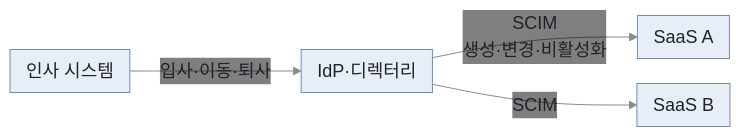
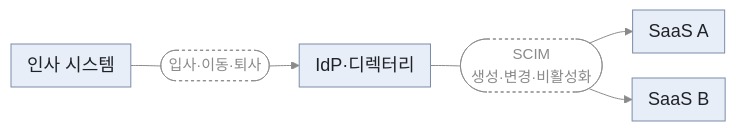
The third of 3 diagrams in security-fundamentals/pki-identity/enterprise-identity.md (secututor/security-knowledge-base), drawn with Mermaid before and after one commit. The commit also changed other lines of this file and 27 other files, not shown here.

Commit message:
docs: Mermaid 설명형 화살표 라벨을 보조 노드로 분리, 짧은 라벨 상자 복원

````diff
--- a/security-fundamentals/pki-identity/enterprise-identity.md
+++ b/security-fundamentals/pki-identity/enterprise-identity.md
@@ -125,7 +125,10 @@
 ```mermaid
-%%{init: {"theme": "base", "themeVariables": {"fontSize": "18px", "primaryColor": "#e8eef7", "primaryTextColor": "#1f2328", "primaryBorderColor": "#7a8ca8", "secondaryColor": "#eef1f5", "tertiaryColor": "#f5f7fa", "lineColor": "#8a8a8a", "edgeLabelBackground": "transparent", "textColor": "#8a8a8a", "transitionLabelColor": "#8a8a8a", "clusterBkg": "#f5f7fa", "clusterBorder": "#7a8ca8", "actorBkg": "#e8eef7", "actorBorder": "#7a8ca8", "actorTextColor": "#1f2328", "actorLineColor": "#8a8a8a", "signalColor": "#8a8a8a", "signalTextColor": "#8a8a8a", "noteBkgColor": "#fff8dc", "noteTextColor": "#1f2328", "noteBorderColor": "#c9b458"}, "flowchart": {"nodeSpacing": 25, "rankSpacing": 60, "padding": 8}, "sequence": {"width": 110, "height": 40, "boxMargin": 6, "noteMargin": 6, "actorMargin": 40}}}%%
+%%{init: {"theme": "base", "themeVariables": {"fontSize": "18px", "primaryColor": "#e8eef7", "primaryTextColor": "#1f2328", "primaryBorderColor": "#7a8ca8", "secondaryColor": "#eef1f5", "tertiaryColor": "#f5f7fa", "lineColor": "#8a8a8a", "edgeLabelBackground": "#eef1f5", "clusterBkg": "#f5f7fa", "clusterBorder": "#7a8ca8", "actorBkg": "#e8eef7", "actorBorder": "#7a8ca8", "actorTextColor": "#1f2328", "actorLineColor": "#8a8a8a", "signalColor": "#8a8a8a", "signalTextColor": "#8a8a8a", "noteBkgColor": "#fff8dc", "noteTextColor": "#1f2328", "noteBorderColor": "#c9b458"}, "flowchart": {"nodeSpacing": 25, "rankSpacing": 30, "padding": 8}, "sequence": {"width": 110, "height": 40, "boxMargin": 6, "noteMargin": 6, "actorMargin": 40}}}%%
 flowchart LR
-    HR["인사 시스템"] -->|"입사·이동·퇴사"| IDP["IdP·디렉터리"]
-    IDP -->|"SCIM<br>생성·변경·비활성화"| A["SaaS A"]
-    IDP -->|"SCIM"| B["SaaS B"]
+    HR["인사 시스템"] --- H1(["입사·이동·퇴사"]) --> IDP["IdP·디렉터리"]
+    IDP --- S1(["SCIM<br>생성·변경·비활성화"])
+    S1 --> A["SaaS A"]
+    S1 --> B["SaaS B"]
+    classDef aux fill:transparent,stroke:#8a8a8a,stroke-dasharray:3 3,color:#8a8a8a,font-size:15px
+    class H1,S1 aux
 ```
````
